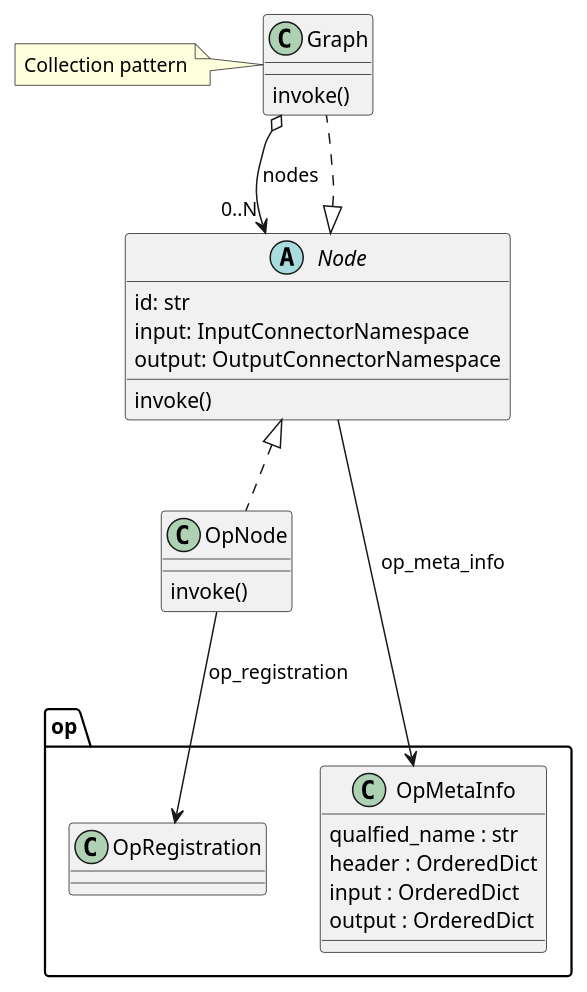
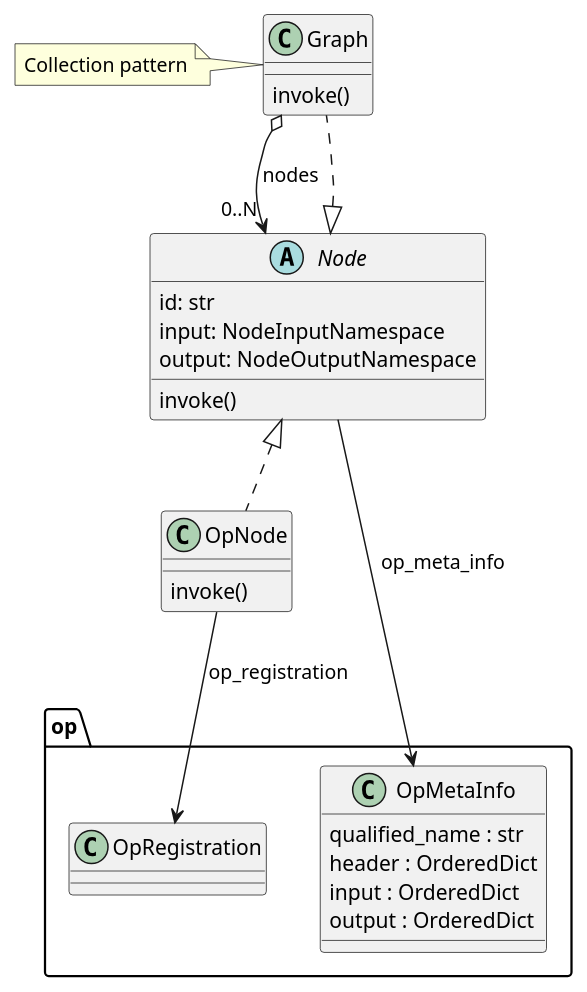
The diagram in doc/source/uml/workflow.puml (CCI-Tools/cate), drawn with PlantUML before and after one commit. The commit also changed 2 other files, not shown here.

Commit message:
updated UML according to workflow API refactorings

```diff
--- a/doc/source/uml/workflow.puml
+++ b/doc/source/uml/workflow.puml
@@ -1,36 +1,36 @@
 @startuml
 
 abstract Node {
     id: str
-    input: InputConnectorNamespace
-    output: OutputConnectorNamespace
+    input: NodeInputNamespace
+    output: NodeOutputNamespace
     invoke()
 }
 
 class OpNode implements Node {
     invoke()
 }
 
 class Graph implements Node {
     invoke()
 }
 
 
 class op.OpMetaInfo {
-    qualfied_name : str
+    qualified_name : str
     header : OrderedDict
     input : OrderedDict
     output : OrderedDict
 }
 
 
 OpNode --> op.OpRegistration : op_registration
 Node --> op.OpMetaInfo: op_meta_info
 Graph o--> "0..N" Node: nodes
 
 
 note left of Graph
 Collection pattern
 end note
 
 @enduml
```
